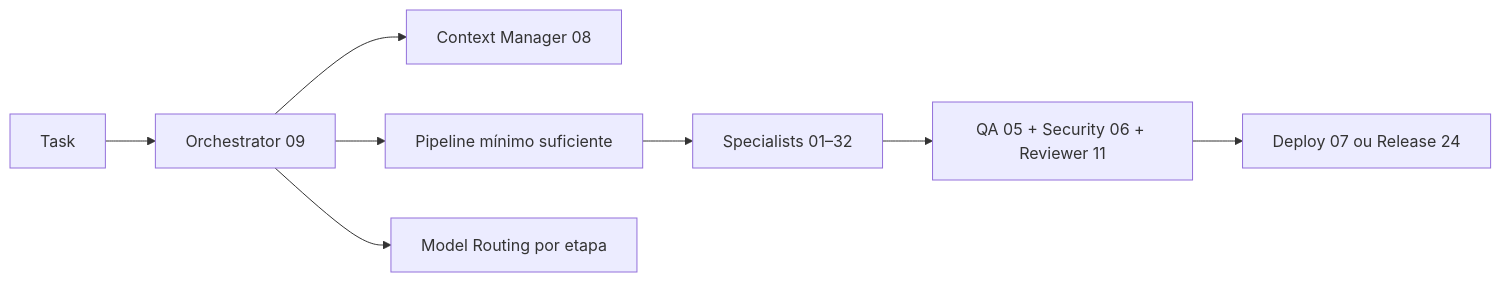
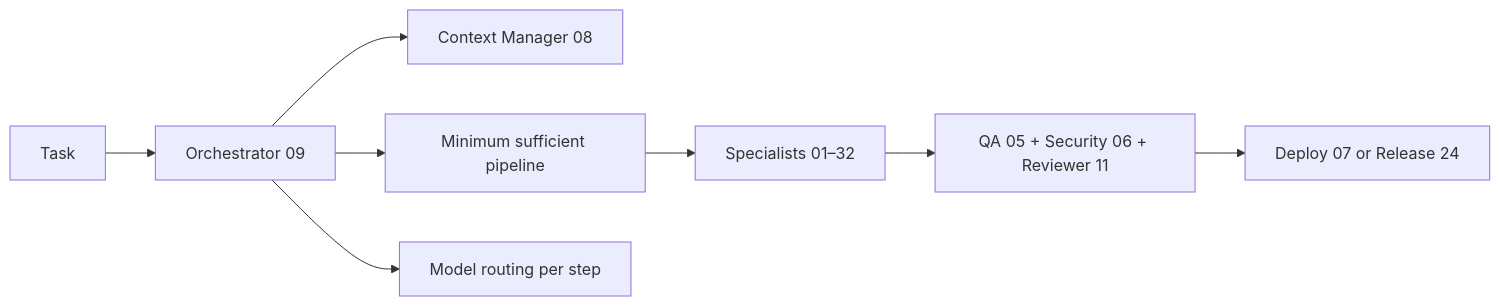
One commit to felvieira/claude-skills-fv changed the diagram in README.md. Above: the diagram before and after it, drawn with Mermaid. The commit also changed other lines of this file and 46 other files, not shown here.

````diff
--- a/README.md
+++ b/README.md
@@ -208,10 +210,10 @@
 ```mermaid
 flowchart LR
     A[Task] --> B[Orchestrator 09]
     B --> C[Context Manager 08]
-    B --> D[Pipeline mínimo suficiente]
+    B --> D[Minimum sufficient pipeline]
     D --> E[Specialists 01–32]
     E --> F[QA 05 + Security 06 + Reviewer 11]
-    F --> G[Deploy 07 ou Release 24]
-    B --> H[Model Routing por etapa]
+    F --> G[Deploy 07 or Release 24]
+    B --> H[Model routing per step]
 ```
````
